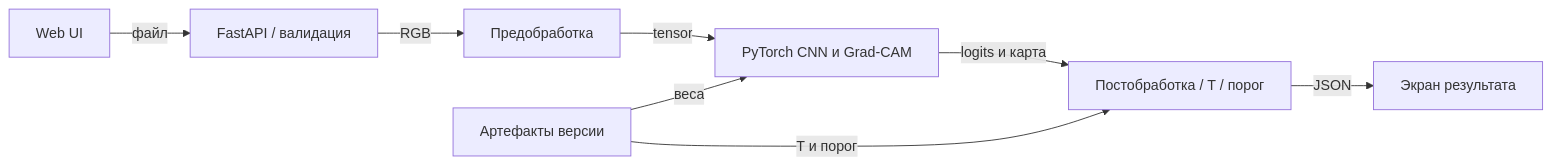
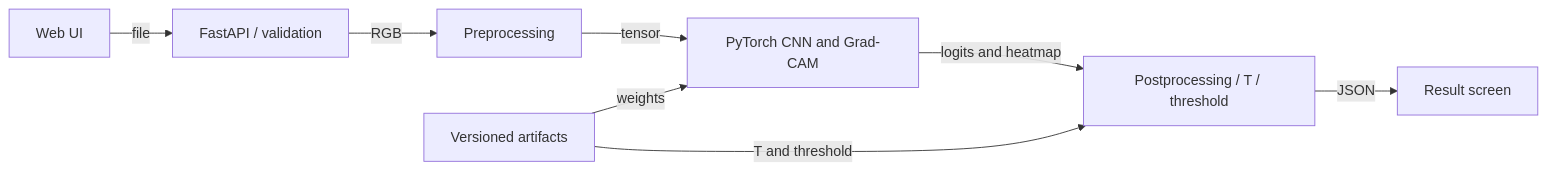
Before and after one commit to lengway/diabetic-retinopathy-grading: the diagram in diagrams/src/components.mmd, drawn with Mermaid. The commit also changed 49 other files, not shown here.

```diff
--- a/diagrams/src/components.mmd
+++ b/diagrams/src/components.mmd
@@ -1,8 +1,8 @@
 flowchart LR
- UI[Web UI] -->|файл| API[FastAPI / валидация]
- API -->|RGB| PRE[Предобработка]
- PRE -->|tensor| CNN[PyTorch CNN и Grad-CAM]
- CNN -->|logits и карта| POST[Постобработка / T / порог]
- POST -->|JSON| OUT[Экран результата]
- ART[Артефакты версии] -->|веса| CNN
- ART -->|T и порог| POST
+ UI[Web UI] -->|file| API[FastAPI / validation]
+ API -->|RGB| PRE[Preprocessing]
+ PRE -->|tensor| CNN[PyTorch CNN and Grad-CAM]
+ CNN -->|logits and heatmap| POST[Postprocessing / T / threshold]
+ POST -->|JSON| OUT[Result screen]
+ ART[Versioned artifacts] -->|weights| CNN
+ ART -->|T and threshold| POST
```
